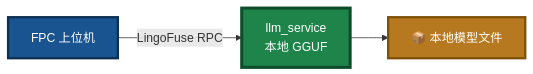
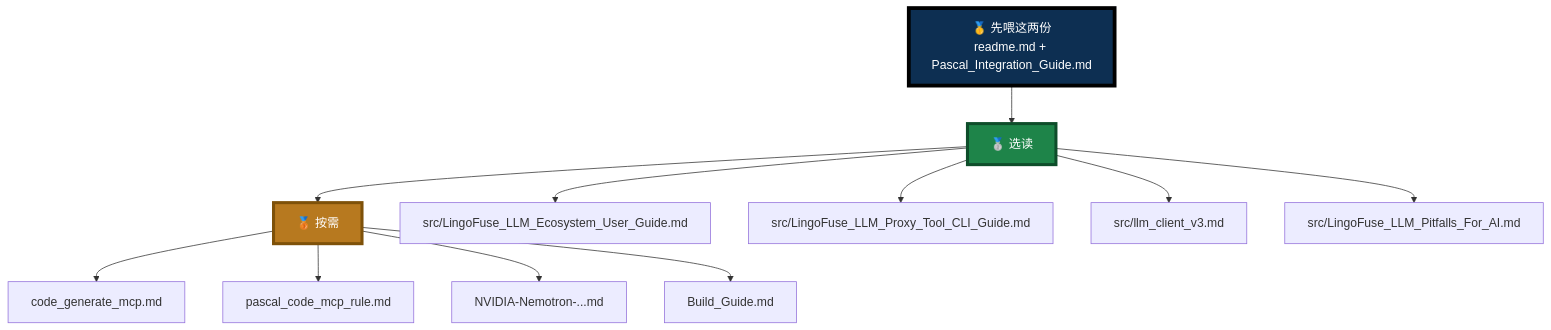
One commit to PassByYou888/LingoFuse-pasAgent-v3 changed diagram 12 of 12 in Pascal_Integration_Guide.md. Above: the diagram before and after it, drawn with Mermaid. The commit also changed other lines of this file, not shown here.

````diff
--- a/Pascal_Integration_Guide.md
+++ b/Pascal_Integration_Guide.md
@@ -1192,9 +332,22 @@
 ```mermaid
-flowchart LR
-    A["FPC 上位机"] -->|"LingoFuse RPC"| B["llm_service<br/>本地 GGUF"]
-    B --> C["📦 本地模型文件"]
+flowchart TB
+    L0["🥇 先喂这两份<br/>readme.md + Pascal_Integration_Guide.md"]
+    L1["🥈 选读"]
+    L2["🥉 按需"]
 
-    style A fill:#1A5490,stroke:#0D2F52,stroke-width:3px,color:#FFFFFF
-    style B fill:#1E8449,stroke:#0E4D2A,stroke-width:4px,color:#FFFFFF
-    style C fill:#B7791F,stroke:#7E5109,stroke-width:3px,color:#FFFFFF
+    L0 --> L1 --> L2
+
+    L1 --> D1["src/LingoFuse_LLM_Ecosystem_User_Guide.md"]
+    L1 --> D2["src/LingoFuse_LLM_Proxy_Tool_CLI_Guide.md"]
+    L1 --> D3["src/llm_client_v3.md"]
+    L1 --> D4["src/LingoFuse_LLM_Pitfalls_For_AI.md"]
+
+    L2 --> E1["code_generate_mcp.md"]
+    L2 --> E2["pascal_code_mcp_rule.md"]
+    L2 --> E3["NVIDIA-Nemotron-...md"]
+    L2 --> E4["Build_Guide.md"]
+
+    style L0 fill:#0D2F52,stroke:#000000,stroke-width:5px,color:#FFFFFF
+    style L1 fill:#1E8449,stroke:#0E4D2A,stroke-width:4px,color:#FFFFFF
+    style L2 fill:#B7791F,stroke:#7E5109,stroke-width:4px,color:#FFFFFF
 ```
````
